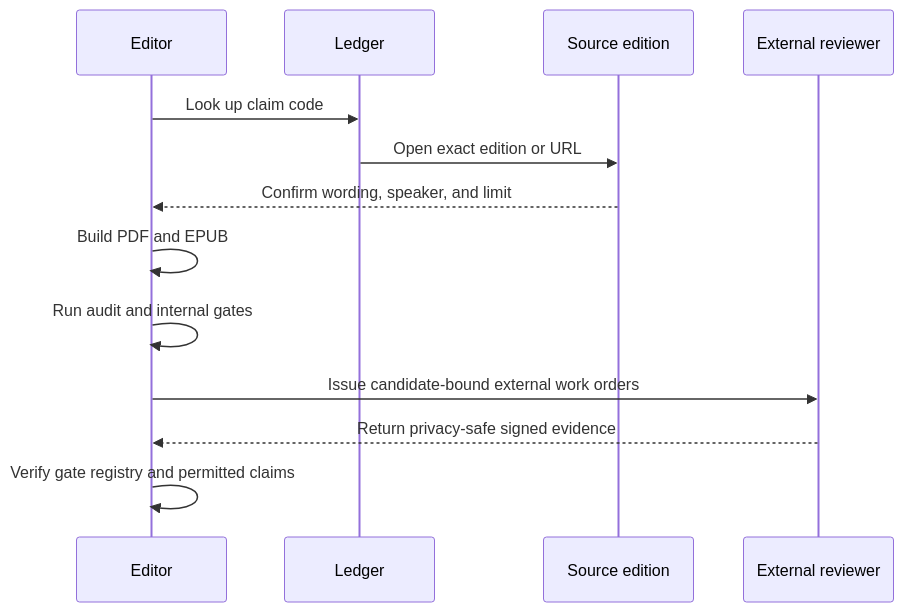
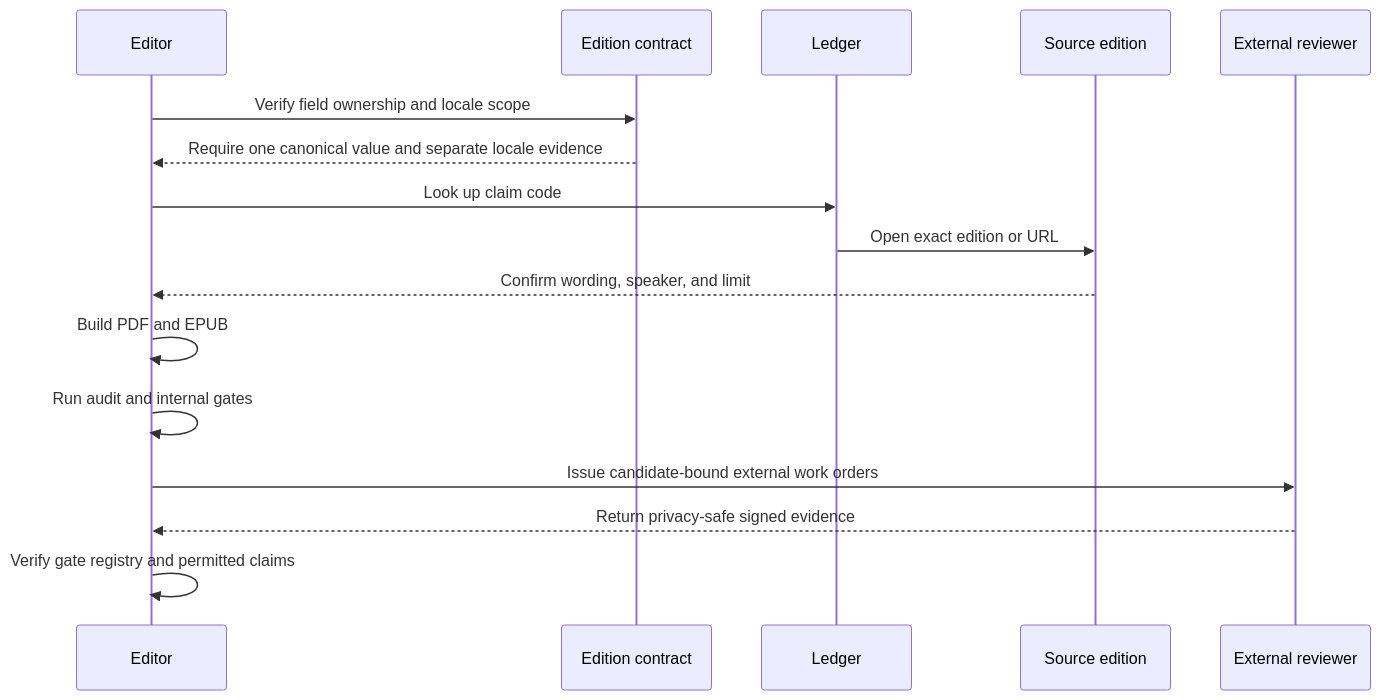
Before and after one commit to streamentry/streamentry: the third of 3 diagrams in book/references/AGENTS.md, drawn with Mermaid. The commit also changed other lines of this file and 30 other files, not shown here.

Commit message:
Centralize edition and locale publication contract

````diff
--- a/book/references/AGENTS.md
+++ b/book/references/AGENTS.md
@@ -66,15 +72,18 @@
 ```mermaid
 sequenceDiagram
   participant E as Editor
+  participant C as Edition contract
   participant L as Ledger
   participant S as Source edition
   participant R as External reviewer
+  E->>C: Verify field ownership and locale scope
+  C-->>E: Require one canonical value and separate locale evidence
   E->>L: Look up claim code
   L->>S: Open exact edition or URL
   S-->>E: Confirm wording, speaker, and limit
   E->>E: Build PDF and EPUB
   E->>E: Run audit and internal gates
   E->>R: Issue candidate-bound external work orders
   R-->>E: Return privacy-safe signed evidence
   E->>E: Verify gate registry and permitted claims
 ```
````
